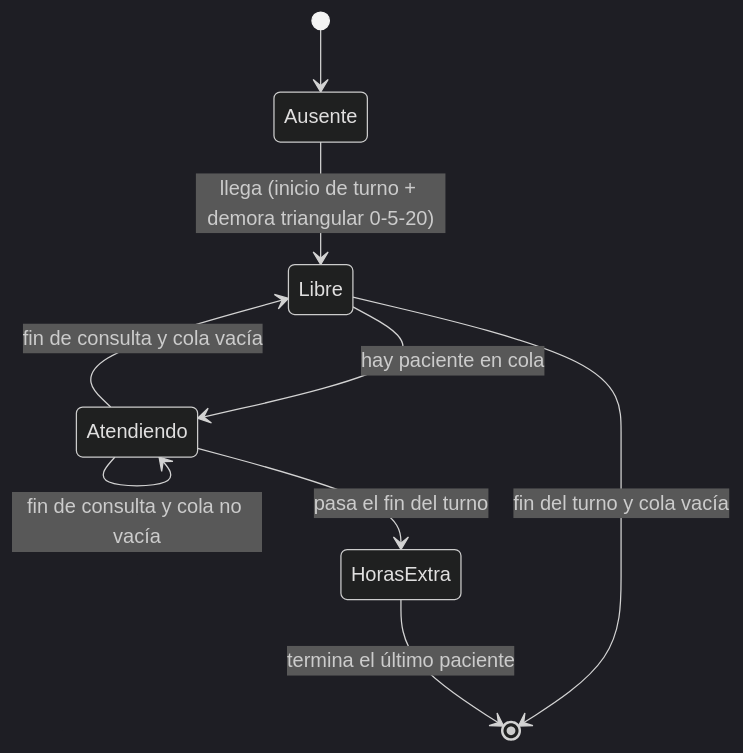
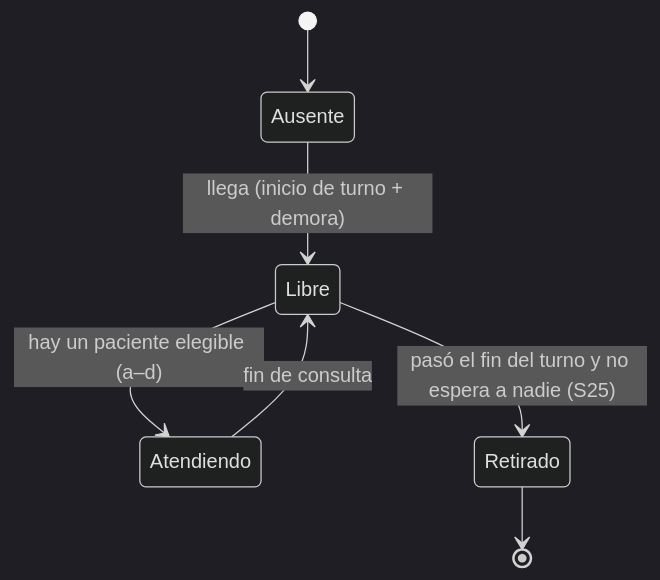
One commit to Tomas-Romero/simulacion_consultorio changed the second of 2 diagrams in docs/modelo-conceptual.md. Above: the diagram before and after it, drawn with Mermaid (dark theme). The commit also changed other lines of this file and 24 other files, not shown here.

````diff
--- a/docs/modelo-conceptual.md
+++ b/docs/modelo-conceptual.md
@@ -172,11 +269,9 @@
 ```mermaid
 stateDiagram-v2
     [*] --> Ausente
-    Ausente --> Libre: llega (inicio de turno + demora triangular 0-5-20)
-    Libre --> Atendiendo: hay paciente en cola
-    Atendiendo --> Libre: fin de consulta y cola vacía
-    Atendiendo --> Atendiendo: fin de consulta y cola no vacía
-    Libre --> [*]: fin del turno y cola vacía
-    Atendiendo --> HorasExtra: pasa el fin del turno
-    HorasExtra --> [*]: termina el último paciente
+    Ausente --> Libre: llega (inicio de turno + demora)
+    Libre --> Atendiendo: hay un paciente elegible (a–d)
+    Atendiendo --> Libre: fin de consulta
+    Libre --> Retirado: pasó el fin del turno y no espera a nadie (S25)
+    Retirado --> [*]
 ```
````
